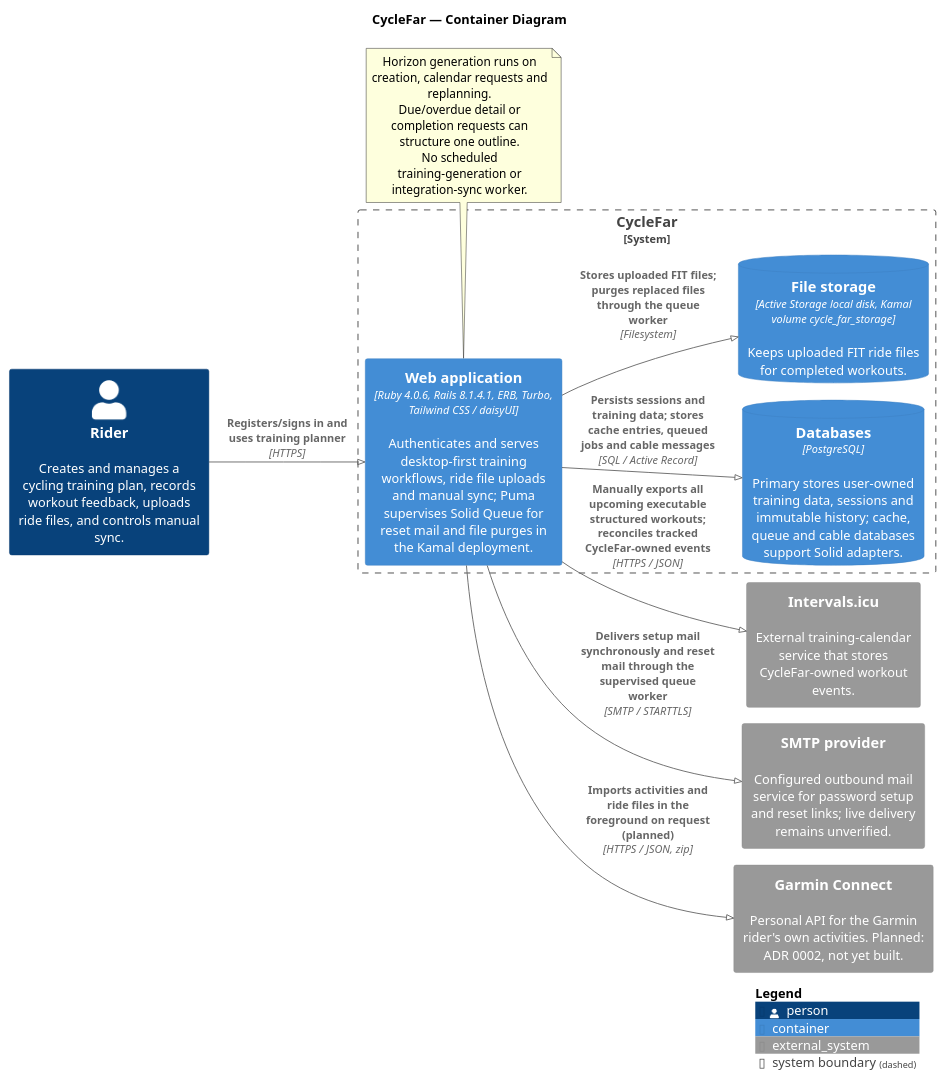
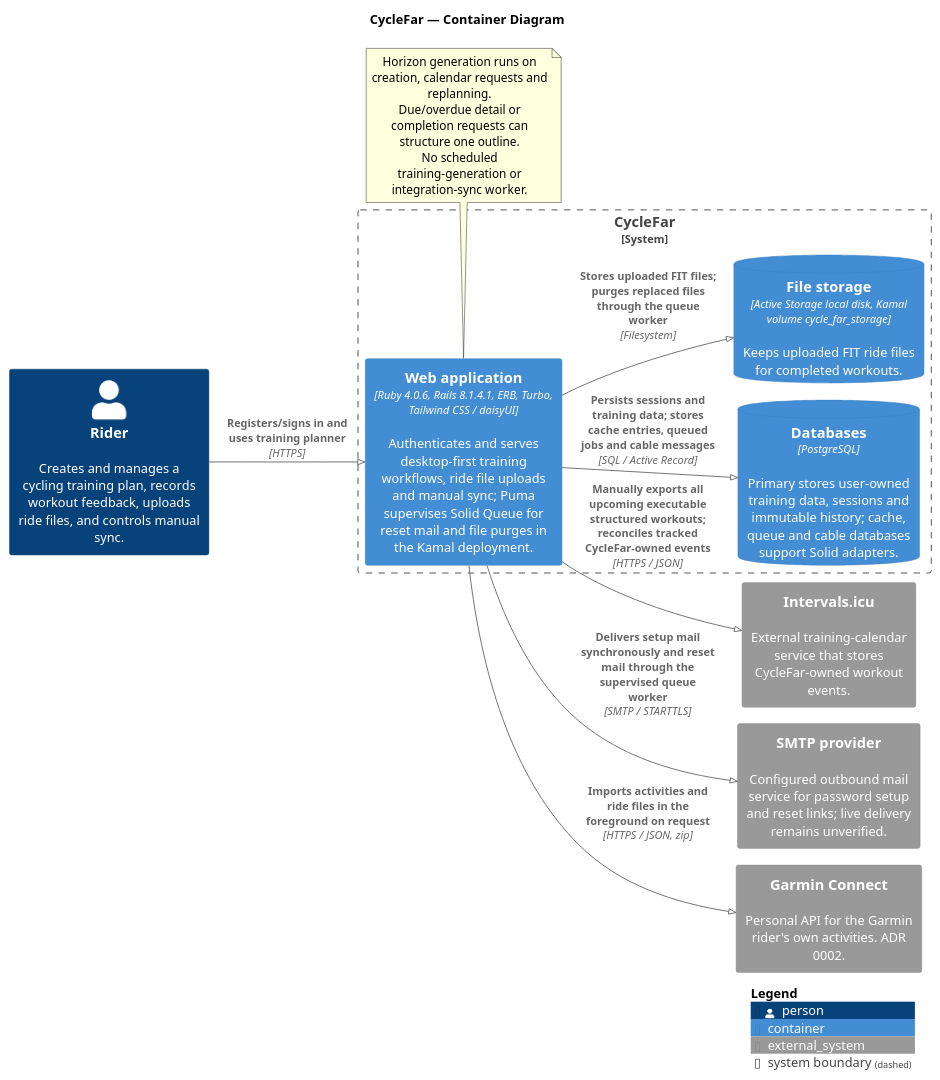
Before and after one commit to richardhartme/cyclefar: the diagram in docs/diagrams/container-cyclefar.puml, drawn with PlantUML. The commit also changed 21 other files, not shown here.

```diff
--- a/docs/diagrams/container-cyclefar.puml
+++ b/docs/diagrams/container-cyclefar.puml
@@ -1,36 +1,36 @@
 @startuml
 !pragma layout smetana
 ' Scope and limitations: README.md
 !include https://raw.githubusercontent.com/plantuml-stdlib/C4-PlantUML/master/C4_Container.puml
 
 title CycleFar — Container Diagram
 
 LAYOUT_LEFT_RIGHT()
 
 Person(rider, "Rider", "Creates and manages a cycling training plan, records workout feedback, uploads ride files, and controls manual sync.")
 
 System_Boundary(cyclefar_boundary, "CycleFar") {
   Container(web_application, "Web application", "Ruby 4.0.6, Rails 8.1.4.1, ERB, Turbo, Tailwind CSS / daisyUI", "Authenticates and serves desktop-first training workflows, ride file uploads and manual sync; Puma supervises Solid Queue for reset mail and file purges in the Kamal deployment.")
   ContainerDb(database, "Databases", "PostgreSQL", "Primary stores user-owned training data, sessions and immutable history; cache, queue and cable databases support Solid adapters.")
   ContainerDb(file_storage, "File storage", "Active Storage local disk, Kamal volume cycle_far_storage", "Keeps uploaded FIT ride files for completed workouts.")
 }
 
 System_Ext(intervals_icu, "Intervals.icu", "External training-calendar service that stores CycleFar-owned workout events.")
 System_Ext(smtp, "SMTP provider", "Configured outbound mail service for password setup and reset links; live delivery remains unverified.")
-System_Ext(garmin, "Garmin Connect", "Personal API for the Garmin rider's own activities. Planned: ADR 0002, not yet built.")
+System_Ext(garmin, "Garmin Connect", "Personal API for the Garmin rider's own activities. ADR 0002.")
 
 Rel(rider, web_application, "Registers/signs in and uses training planner", "HTTPS")
 Rel(web_application, database, "Persists sessions and training data; stores cache entries, queued jobs and cable messages", "SQL / Active Record")
 Rel(web_application, file_storage, "Stores uploaded FIT files; purges replaced files through the queue worker", "Filesystem")
 Rel(web_application, intervals_icu, "Manually exports all upcoming executable structured workouts; reconciles tracked CycleFar-owned events", "HTTPS / JSON")
-Rel(web_application, garmin, "Imports activities and ride files in the foreground on request (planned)", "HTTPS / JSON, zip")
+Rel(web_application, garmin, "Imports activities and ride files in the foreground on request", "HTTPS / JSON, zip")
 Rel(web_application, smtp, "Delivers setup mail synchronously and reset mail through the supervised queue worker", "SMTP / STARTTLS")
 
 note bottom of web_application
   Horizon generation runs on creation, calendar requests and replanning.
   Due/overdue detail or completion requests can structure one outline.
   No scheduled training-generation or integration-sync worker.
 end note
 
 SHOW_LEGEND()
 @enduml
```
